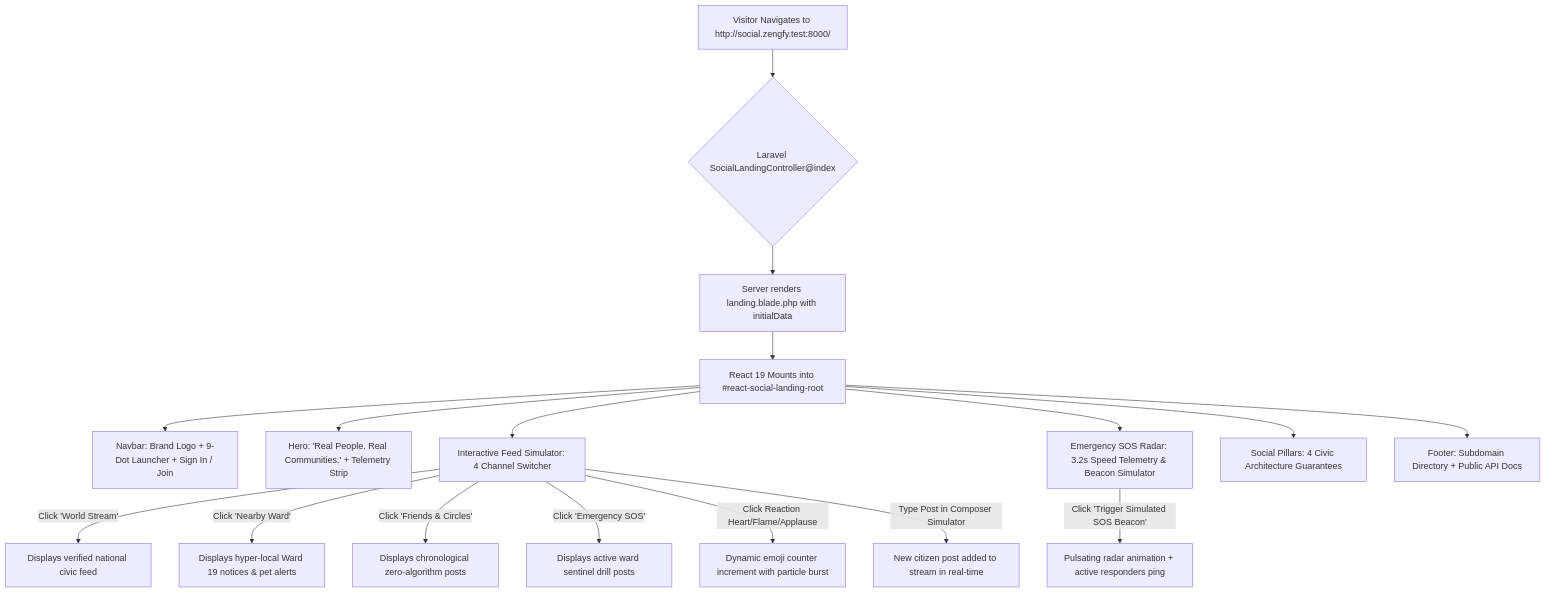
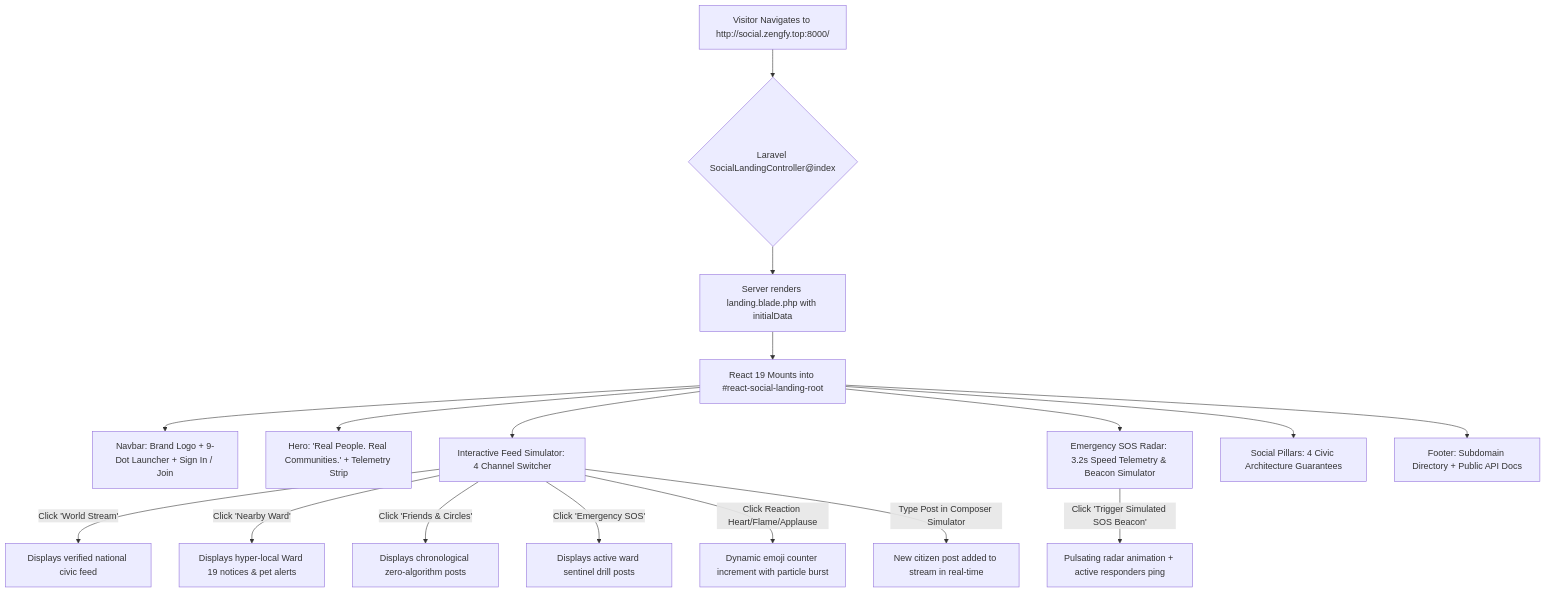
One commit to diusazzad/zengfy changed the second of 3 diagrams in docs/antigravity/documents/3_App_flow.md. Above: the diagram before and after it, drawn with Mermaid. The commit also changed other lines of this file and 91 other files, not shown here.

Commit message:
change test to top

````diff
--- a/docs/antigravity/documents/3_App_flow.md
+++ b/docs/antigravity/documents/3_App_flow.md
@@ -70,25 +70,25 @@
 ```mermaid
 graph TD
-    A[Visitor Navigates to http://social.zengfy.test:8000/] --> B{Laravel SocialLandingController@index}
+    A[Visitor Navigates to http://social.zengfy.top:8000/] --> B{Laravel SocialLandingController@index}
     B --> C[Server renders landing.blade.php with initialData]
     C --> D[React 19 Mounts into #react-social-landing-root]
     
     D --> E[Navbar: Brand Logo + 9-Dot Launcher + Sign In / Join]
     D --> F[Hero: 'Real People. Real Communities.' + Telemetry Strip]
     D --> G[Interactive Feed Simulator: 4 Channel Switcher]
     D --> H[Emergency SOS Radar: 3.2s Speed Telemetry & Beacon Simulator]
     D --> I[Social Pillars: 4 Civic Architecture Guarantees]
     D --> J[Footer: Subdomain Directory + Public API Docs]
 
     %% Simulator Flows
     G -->|Click 'World Stream'| K[Displays verified national civic feed]
     G -->|Click 'Nearby Ward'| L[Displays hyper-local Ward 19 notices & pet alerts]
     G -->|Click 'Friends & Circles'| M[Displays chronological zero-algorithm posts]
     G -->|Click 'Emergency SOS'| N[Displays active ward sentinel drill posts]
     
     G -->|Click Reaction Heart/Flame/Applause| O[Dynamic emoji counter increment with particle burst]
     G -->|Type Post in Composer Simulator| P[New citizen post added to stream in real-time]
 
     %% SOS Visualizer
     H -->|Click 'Trigger Simulated SOS Beacon'| Q[Pulsating radar animation + active responders ping]
 ```
````
